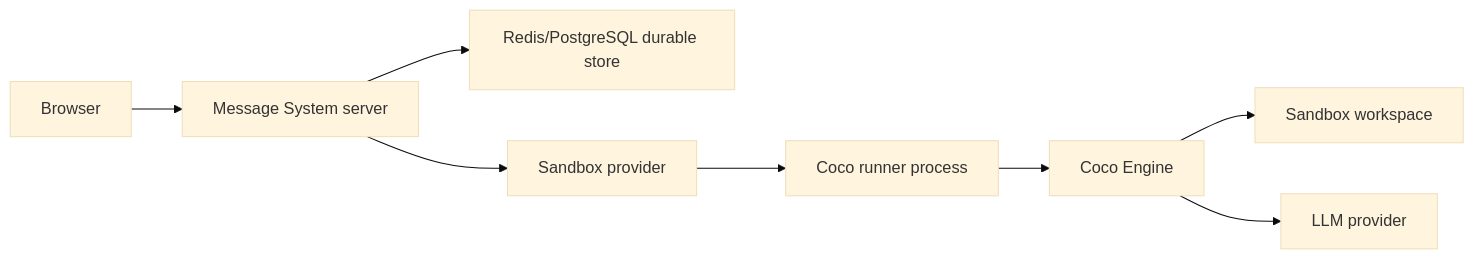
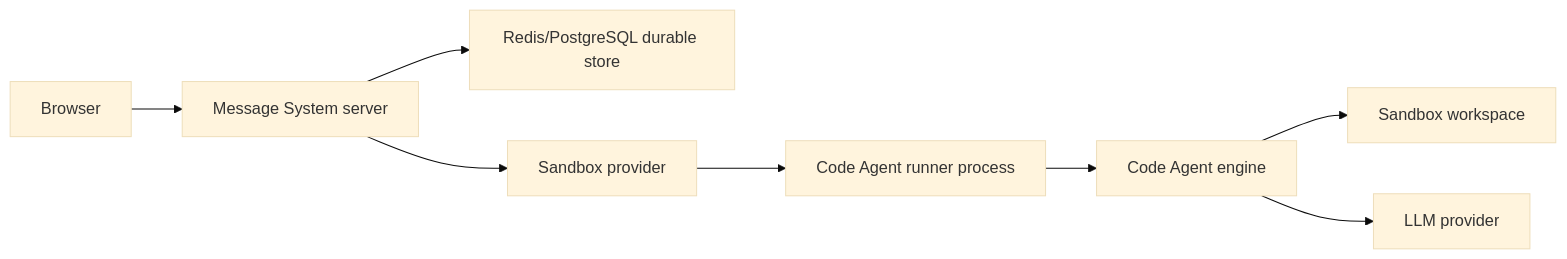
One commit to WENLIN-LI/message-system changed the diagram in docs/code-agent-sandbox.md. Above: the diagram before and after it, drawn with Mermaid (base theme). The commit also changed other lines of this file and 207 other files, not shown here.

Commit message:
code-agent: migrate coco naming

````diff
--- a/docs/code-agent-sandbox.md
+++ b/docs/code-agent-sandbox.md
@@ -84,10 +84,10 @@
 ```mermaid
 flowchart LR
   U["Browser"] --> RT["Message System server"]
   RT --> DB["Redis/PostgreSQL durable store"]
   RT --> SB["Sandbox provider"]
-  SB --> CR["Coco runner process"]
-  CR --> CE["Coco Engine"]
+  SB --> CR["Code Agent runner process"]
+  CR --> CE["Code Agent engine"]
   CE --> FS["Sandbox workspace"]
   CE --> LLM["LLM provider"]
 ```
````
